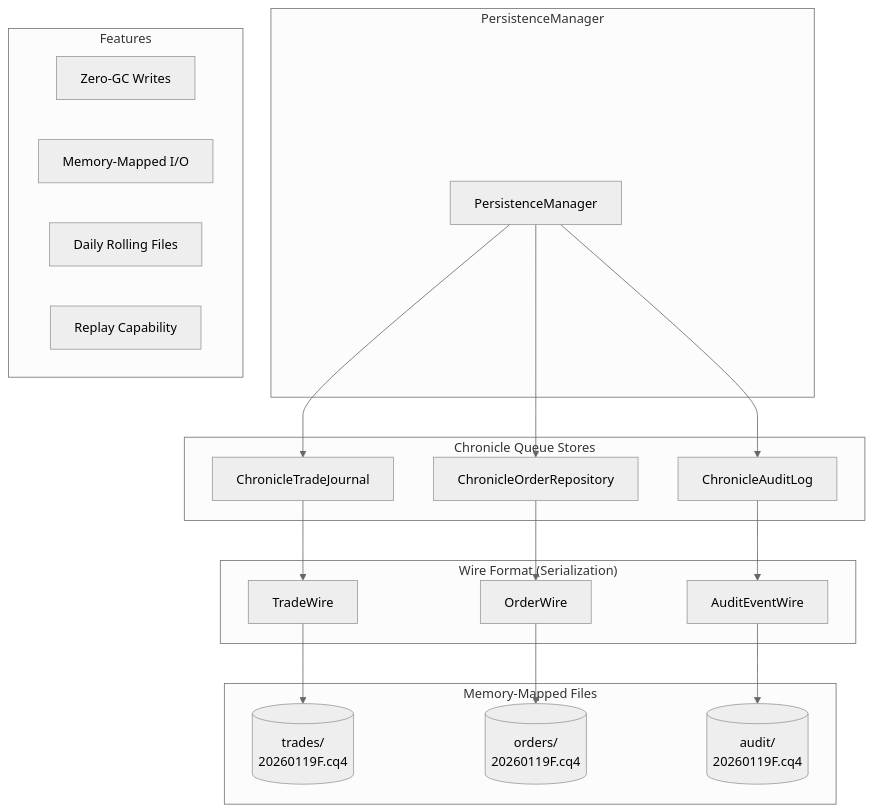
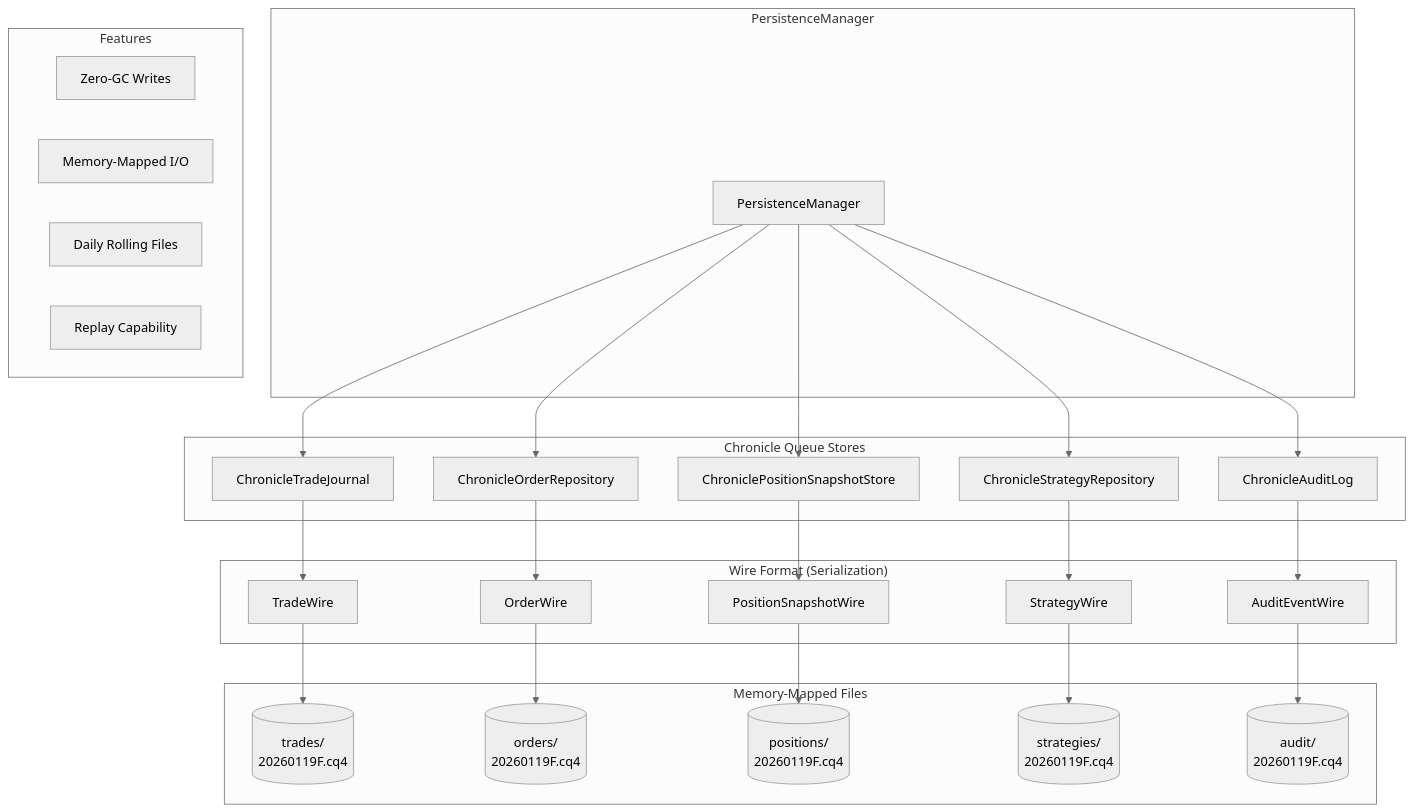
Before and after one commit to lukmusial/trading-client: diagram 26 of 33 in docs/ARCHITECTURE.md, drawn with Mermaid (neutral theme). The commit also changed other lines of this file and 2 other files, not shown here.

First line of the commit message:
Add README and update architecture docs to reflect current state

````diff
--- a/docs/ARCHITECTURE.md
+++ b/docs/ARCHITECTURE.md
@@ -1059,43 +1105,55 @@
 ```mermaid
 graph TB
     subgraph "PersistenceManager"
         PM[PersistenceManager]
     end
 
     subgraph "Chronicle Queue Stores"
         TJ[ChronicleTradeJournal]
         OR[ChronicleOrderRepository]
+        PS[ChroniclePositionSnapshotStore]
+        SR[ChronicleStrategyRepository]
         AL[ChronicleAuditLog]
     end
 
     subgraph "Wire Format (Serialization)"
         TW[TradeWire]
         OW[OrderWire]
+        PW[PositionSnapshotWire]
+        SW[StrategyWire]
         AW[AuditEventWire]
     end
 
     subgraph "Memory-Mapped Files"
         TF[(trades/<br/>20260119F.cq4)]
         OF[(orders/<br/>20260119F.cq4)]
+        PF[(positions/<br/>20260119F.cq4)]
+        SF[(strategies/<br/>20260119F.cq4)]
         AF[(audit/<br/>20260119F.cq4)]
     end
 
     PM --> TJ
     PM --> OR
+    PM --> PS
+    PM --> SR
     PM --> AL
 
     TJ --> TW
     OR --> OW
+    PS --> PW
+    SR --> SW
     AL --> AW
 
     TW --> TF
     OW --> OF
+    PW --> PF
+    SW --> SF
     AW --> AF
 
     subgraph "Features"
         F1[Zero-GC Writes]
         F2[Memory-Mapped I/O]
         F3[Daily Rolling Files]
         F4[Replay Capability]
     end
 ```
````
